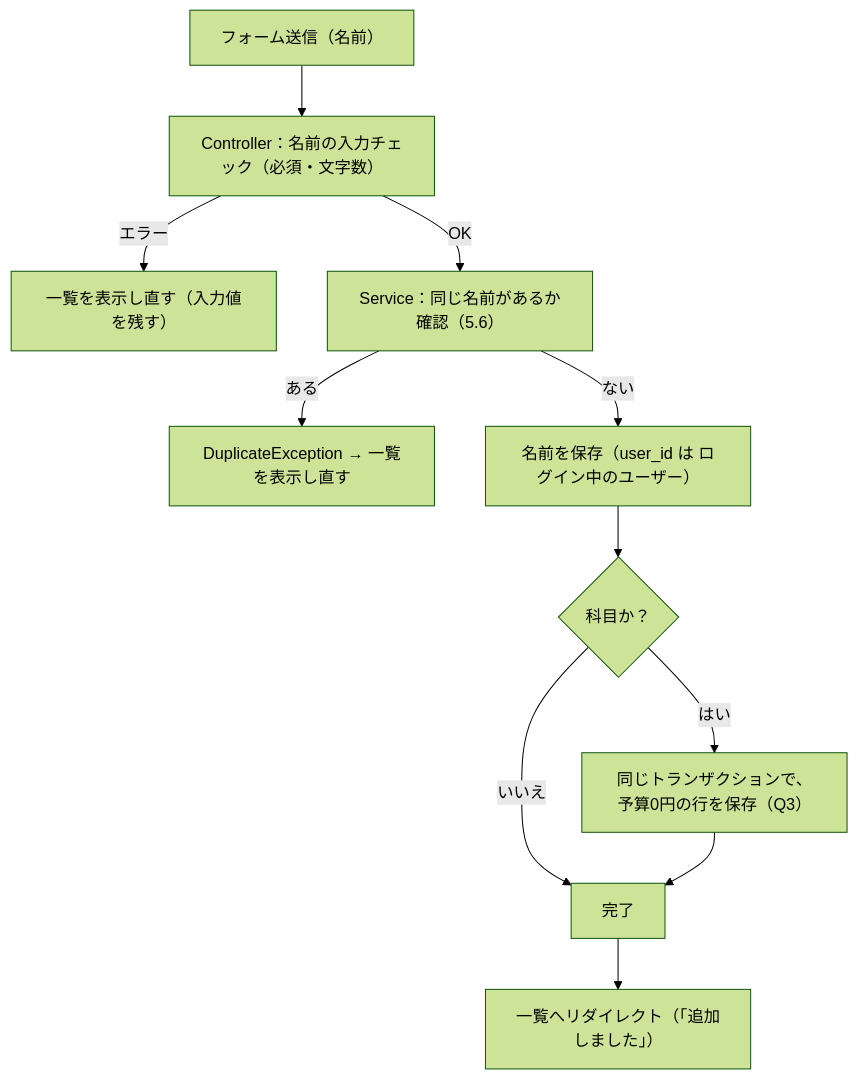
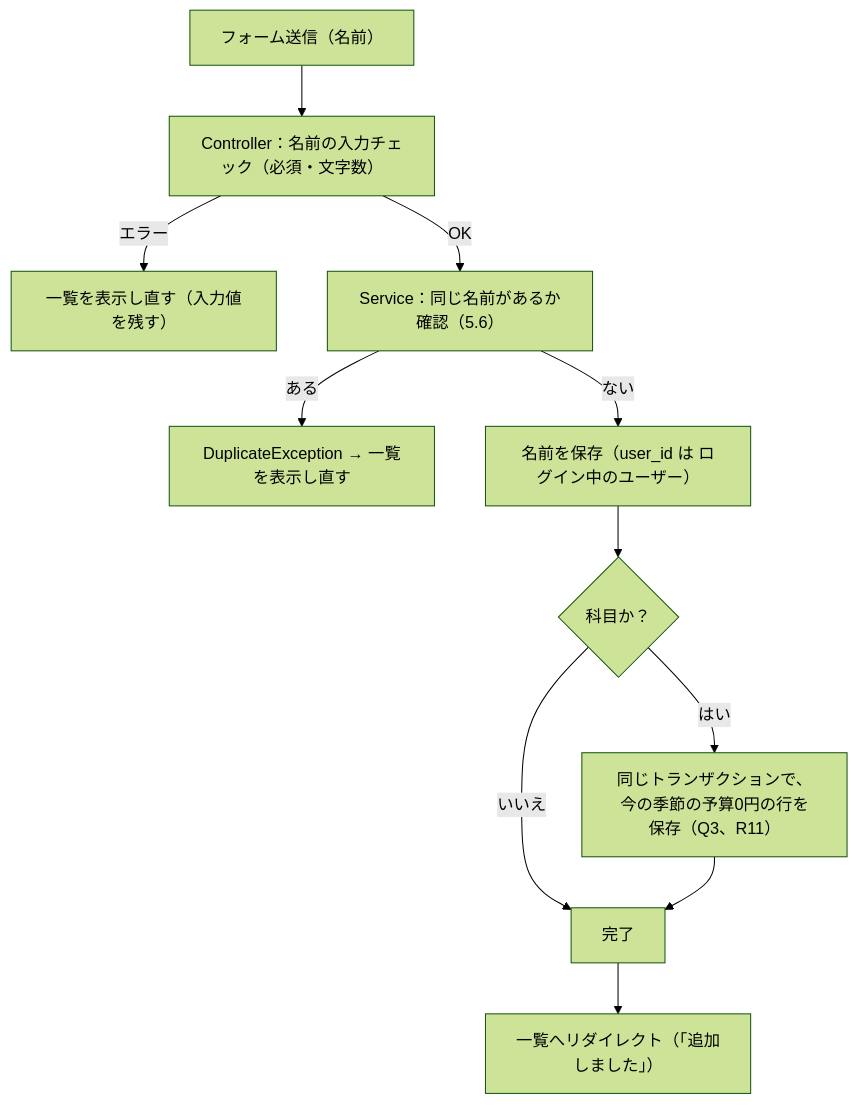
One commit to yutaro081/HouseholdBudget-SpringBoot changed the seventh of 13 diagrams in docs/reviews/design.md. Above: the diagram before and after it, drawn with Mermaid (forest theme). The commit also changed other lines of this file and 3 other files, not shown here.

````diff
--- a/docs/reviews/design.md
+++ b/docs/reviews/design.md
@@ -941,13 +963,13 @@
 ```mermaid
 flowchart TD
     A["フォーム送信（名前）"] --> B["Controller：名前の入力チェック（必須・文字数）"]
     B -->|エラー| B1["一覧を表示し直す（入力値を残す）"]
     B -->|OK| C["Service：同じ名前があるか確認（5.6）"]
     C -->|ある| C1["DuplicateException → 一覧を表示し直す"]
     C -->|ない| D["名前を保存（user_id は ログイン中のユーザー）"]
     D --> E{"科目か？"}
-    E -->|はい| F["同じトランザクションで、予算0円の行を保存（Q3）"]
+    E -->|はい| F["同じトランザクションで、今の季節の予算0円の行を保存（Q3、R11）"]
     E -->|いいえ| G["完了"]
     F --> G
     G --> H["一覧へリダイレクト（「追加しました」）"]
 ```
````
